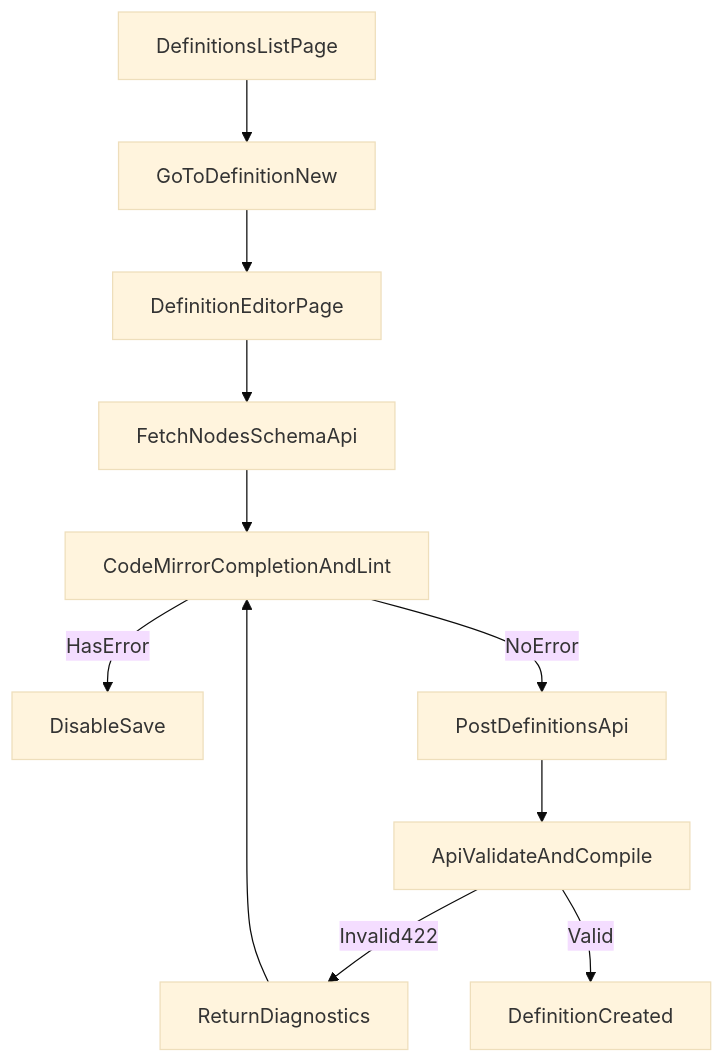
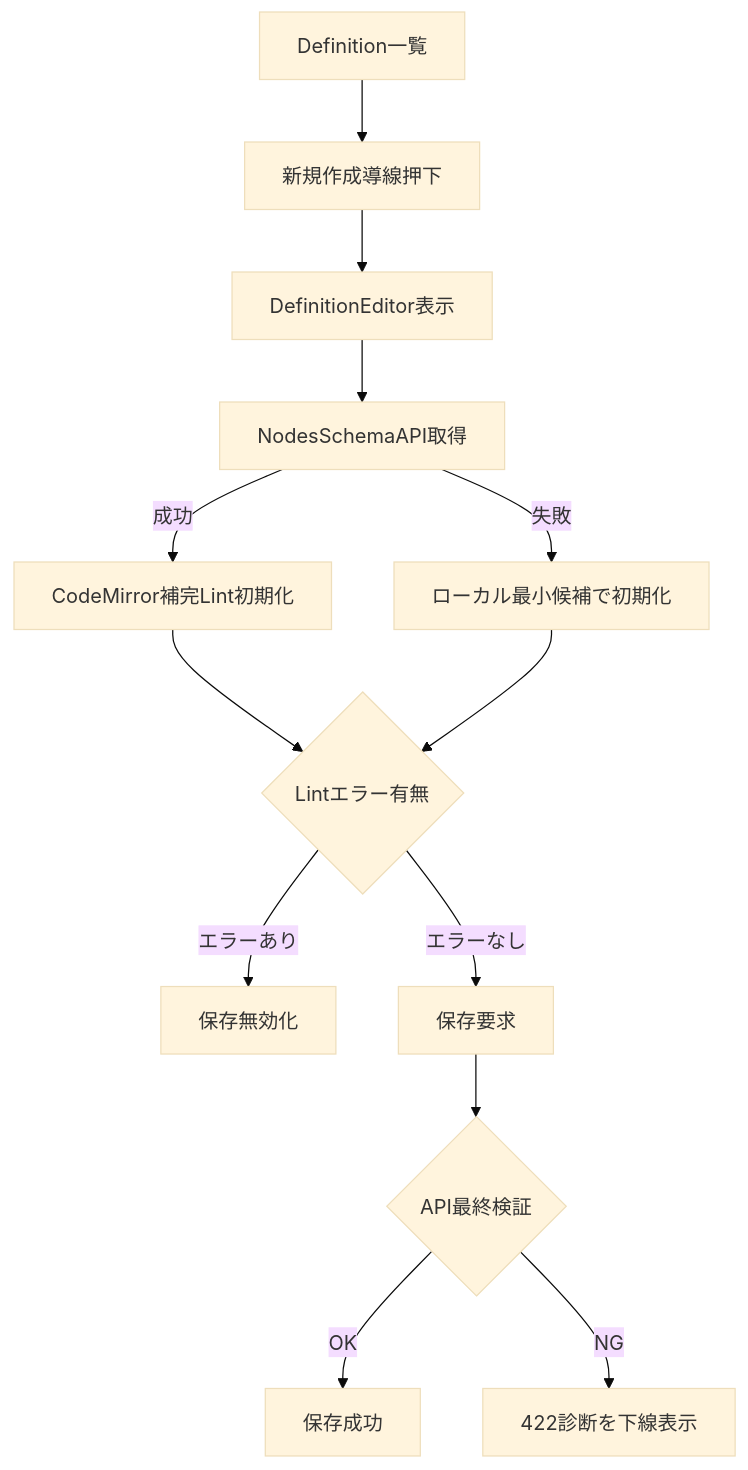
One commit to MichiharuShiba/statevia changed the diagram in .spec-workflow/specs/definition-editor-intelligence/design.md. Above: the diagram before and after it, drawn with Mermaid (base theme). The commit also changed other lines of this file and 2 other files, not shown here.

Commit message:
定義作成導線の改修とエディタインテリジェンス機能の要件定義、設計、タスクを整備。新規作成導線の追加、CodeMirrorによる補完機能、Lint機能の実装、APIからのスキーマ配布に関する内容を更新。

````diff
--- a/.spec-workflow/specs/definition-editor-intelligence/design.md
+++ b/.spec-workflow/specs/definition-editor-intelligence/design.md
@@ -40,13 +50,15 @@
 ```mermaid
 flowchart TD
-  definitionsList[DefinitionsListPage] --> createLink[GoToDefinitionNew]
-  createLink --> editorPage[DefinitionEditorPage]
-  editorPage --> fetchSchema[FetchNodesSchemaApi]
-  fetchSchema --> cmAssist[CodeMirrorCompletionAndLint]
-  cmAssist -->|HasError| disableSave[DisableSave]
-  cmAssist -->|NoError| saveRequest[PostDefinitionsApi]
-  saveRequest --> apiValidation[ApiValidateAndCompile]
-  apiValidation -->|Invalid422| diagnostics[ReturnDiagnostics]
-  apiValidation -->|Valid| created[DefinitionCreated]
-  diagnostics --> cmAssist
+    A[Definition一覧] --> B[新規作成導線押下]
+    B --> C[DefinitionEditor表示]
+    C --> D[NodesSchemaAPI取得]
+    D -->|成功| E[CodeMirror補完Lint初期化]
+    D -->|失敗| F[ローカル最小候補で初期化]
+    E --> G{Lintエラー有無}
+    F --> G
+    G -->|エラーあり| H[保存無効化]
+    G -->|エラーなし| I[保存要求]
+    I --> J{API最終検証}
+    J -->|OK| K[保存成功]
+    J -->|NG| L[422診断を下線表示]
 ```
````
